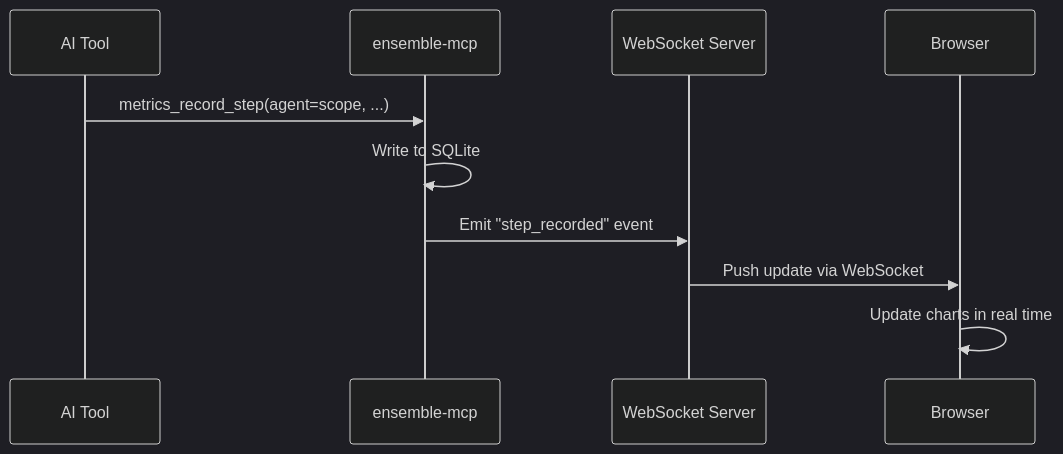
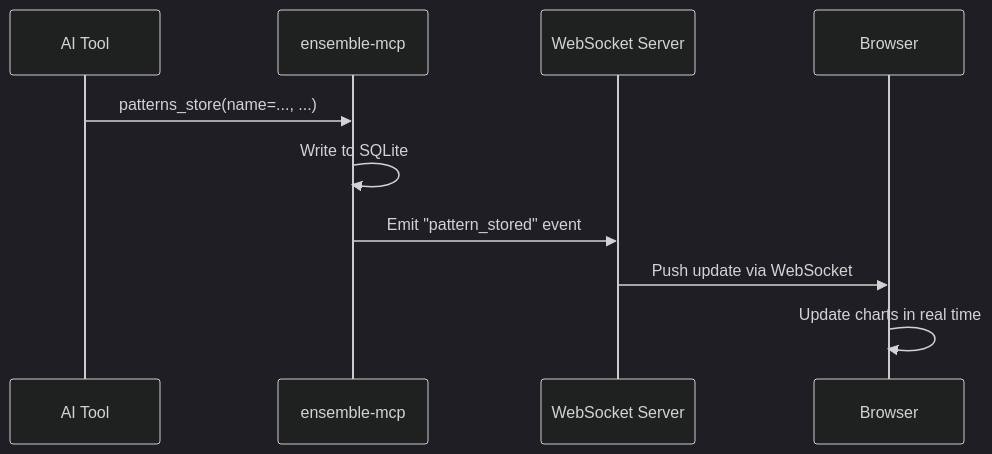
Before and after one commit to LynkByte/ensemble: the second of 8 diagrams in docs/FUTURE-PLANS.md, drawn with Mermaid (dark theme). The commit also changed other lines of this file and 44 other files, not shown here.

````diff
--- a/docs/FUTURE-PLANS.md
+++ b/docs/FUTURE-PLANS.md
@@ -180,13 +178,13 @@
 ```mermaid
 sequenceDiagram
     participant AI as AI Tool
     participant MCP as ensemble-mcp
     participant WS as WebSocket Server
     participant BR as Browser
 
-    AI->>MCP: metrics_record_step(agent=scope, ...)
+    AI->>MCP: patterns_store(name=..., ...)
     MCP->>MCP: Write to SQLite
-    MCP->>WS: Emit "step_recorded" event
+    MCP->>WS: Emit "pattern_stored" event
     WS->>BR: Push update via WebSocket
     BR->>BR: Update charts in real time
 ```
````
